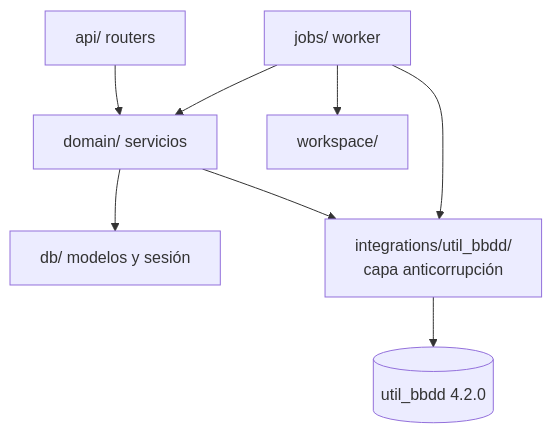
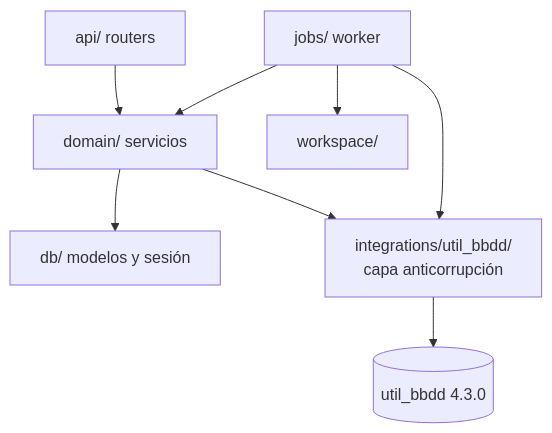
One commit to fmanza/util_bbdd_web changed the second of 2 diagrams in docs/architecture.md. Above: the diagram before and after it, drawn with Mermaid. The commit also changed 7 other files, not shown here.

First line of the commit message:
chore(backend): util_bbdd 4.3.0

````diff
--- a/docs/architecture.md
+++ b/docs/architecture.md
@@ -31,10 +31,10 @@
 ```mermaid
 flowchart TB
     api[api/ routers] --> domain[domain/ servicios]
     domain --> db[db/ modelos y sesión]
     domain --> integ[integrations/util_bbdd/<br/>capa anticorrupción]
     jobs[jobs/ worker] --> domain
     jobs --> integ
     jobs --> ws[workspace/]
-    integ --> lib[(util_bbdd 4.2.0)]
+    integ --> lib[(util_bbdd 4.3.0)]
 ```
````
